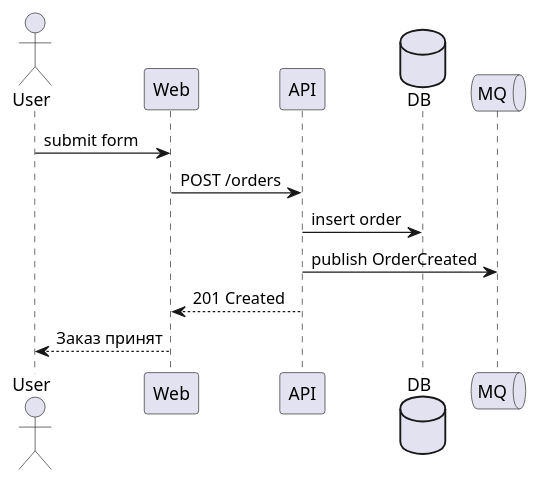
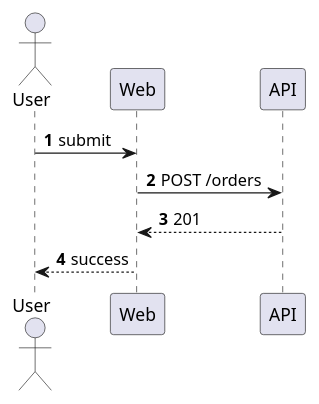
Before and after one commit to iwizy/analyst_kb: the second of 24 diagrams in docs/tools/plantuml.md, drawn with PlantUML. The commit also changed other lines of this file, not shown here.

Commit message:
Обновление материалов по PlantUML

````diff
--- a/docs/tools/plantuml.md
+++ b/docs/tools/plantuml.md
@@ -101,16 +44,12 @@
 ```kroki-plantuml
 @startuml
+autonumber
 actor User
 participant Web
 participant API
-database DB
-queue MQ
-
-User -> Web : submit form
+User -> Web : submit
 Web -> API : POST /orders
-API -> DB : insert order
-API -> MQ : publish OrderCreated
-API --> Web : 201 Created
-Web --> User : Заказ принят
+API --> Web : 201
+Web --> User : success
 @enduml
 ```
````
